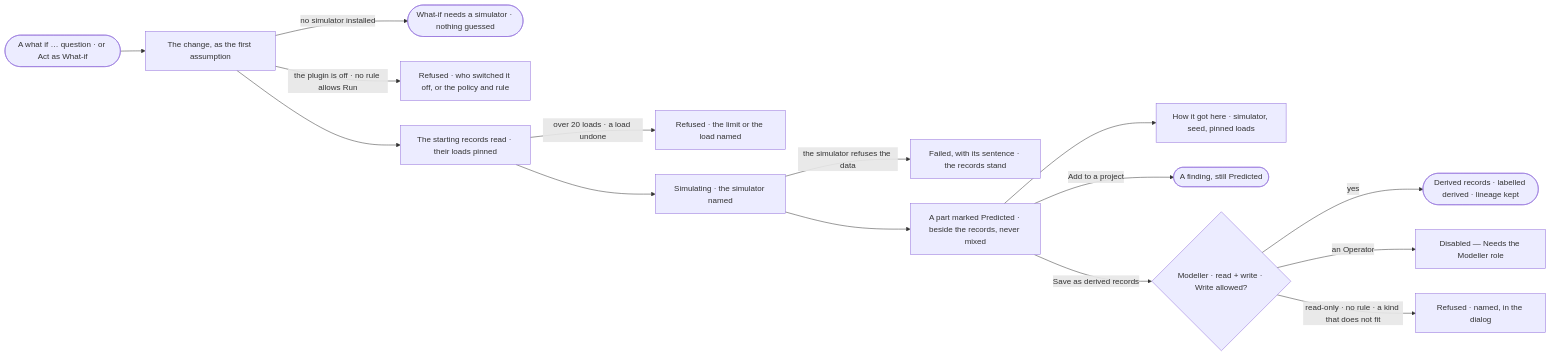
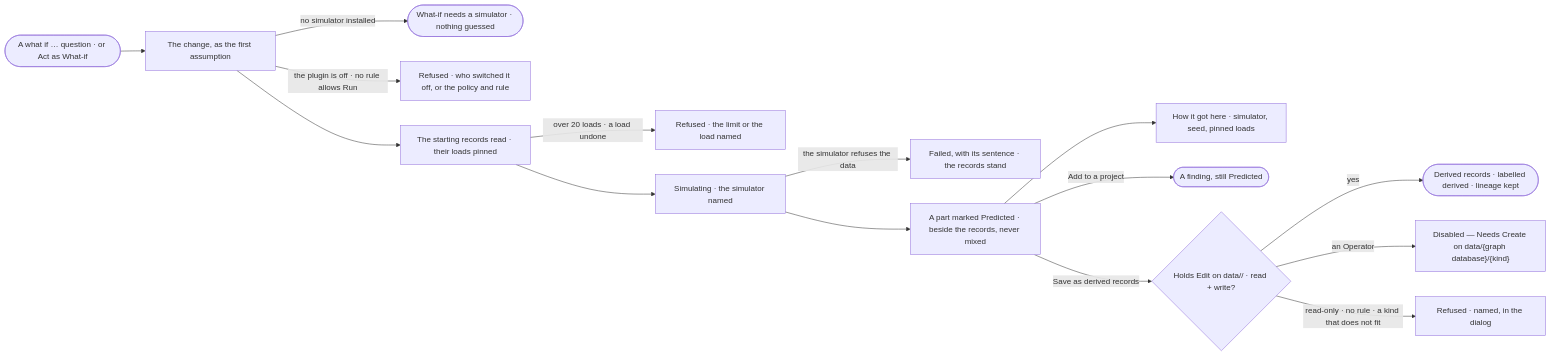
The diagram in specs/capabilities/explore/features/EX-F05-when-it-cannot-answer-and-how-it-reasons/stories/EX-33-ask-what-if-and-read-the-prediction-as-evidence/story.md (invana/invana), drawn with Mermaid before and after one commit. The commit also changed other lines of this file and 228 other files, not shown here.

````diff
--- a/specs/capabilities/explore/features/EX-F05-when-it-cannot-answer-and-how-it-reasons/stories/EX-33-ask-what-if-and-read-the-prediction-as-evidence/story.md
+++ b/specs/capabilities/explore/features/EX-F05-when-it-cannot-answer-and-how-it-reasons/stories/EX-33-ask-what-if-and-read-the-prediction-as-evidence/story.md
@@ -27,17 +27,17 @@
 ```mermaid
 flowchart LR
   s([A what if … question · or Act as What-if]) --> c["The change, as the first assumption"]
   c -->|no simulator installed| ns(["What-if needs a simulator · nothing guessed"])
   c -->|the plugin is off · no rule allows Run| rf["Refused · who switched it off, or the policy and rule"]
   c --> rd["The starting records read · their loads pinned"]
   rd -->|over 20 loads · a load undone| rl["Refused · the limit or the load named"]
   rd --> sm["Simulating · the simulator named"]
   sm -->|the simulator refuses the data| fl["Failed, with its sentence · the records stand"]
   sm --> pr["A part marked Predicted · beside the records, never mixed"]
   pr --> how["How it got here · simulator, seed, pinned loads"]
   pr -->|Add to a project| fd(["A finding, still Predicted"])
-  pr -->|Save as derived records| sv{"Modeller · read + write · Write allowed?"}
+  pr -->|Save as derived records| sv{"Holds Edit on data/<graph database>/<kind> · read + write?"}
   sv -->|yes| dr(["Derived records · labelled derived · lineage kept"])
-  sv -->|an Operator| od["Disabled — Needs the Modeller role"]
+  sv -->|an Operator| od["Disabled — Needs Create on data/{graph database}/{kind}"]
   sv -->|read-only · no rule · a kind that does not fit| rr["Refused · named, in the dialog"]
 ```
````
